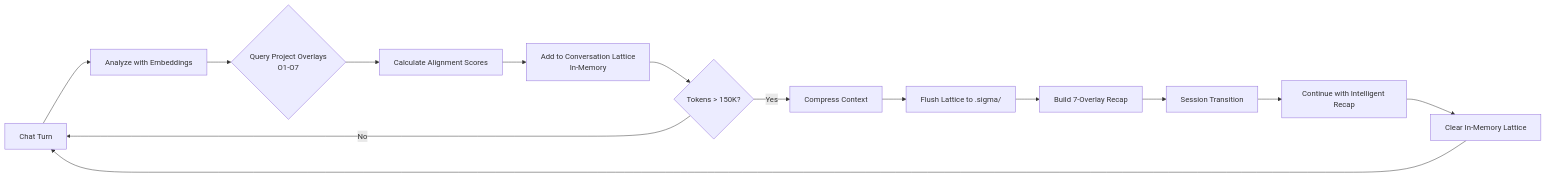
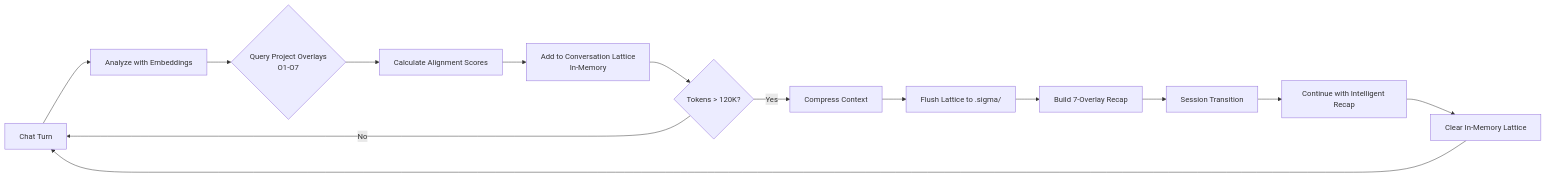
The diagram in src/cognition-cli/src/tui/README.md (mirzahusadzic/cogx), drawn with Mermaid before and after one commit. The commit also changed other lines of this file and 2 other files, not shown here.

First line of the commit message:
docs: Add comprehensive PGC-grounded architecture documentation

````diff
--- a/src/cognition-cli/src/tui/README.md
+++ b/src/cognition-cli/src/tui/README.md
@@ -103,16 +101,16 @@
 ```mermaid
 graph LR
     A[Chat Turn] --> B[Analyze with Embeddings]
     B --> C{Query Project Overlays<br/>O1-O7}
     C --> D[Calculate Alignment Scores]
     D --> E[Add to Conversation Lattice<br/>In-Memory]
-    E --> F{Tokens > 150K?}
+    E --> F{Tokens > 120K?}
     F -->|No| A
     F -->|Yes| G[Compress Context]
     G --> H[Flush Lattice to .sigma/]
     H --> I[Build 7-Overlay Recap]
     I --> J[Session Transition]
     J --> K[Continue with Intelligent Recap]
     K --> L[Clear In-Memory Lattice]
     L --> A
 ```
````
